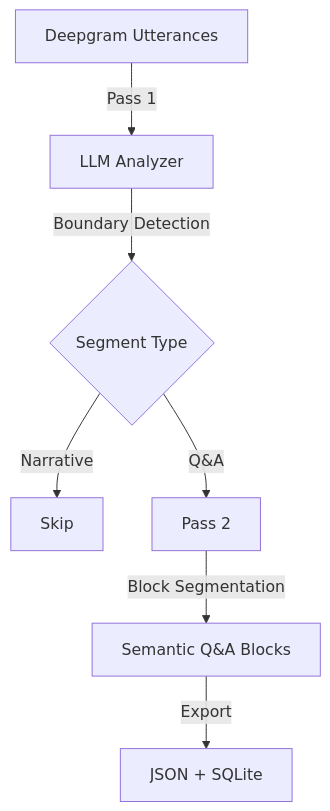
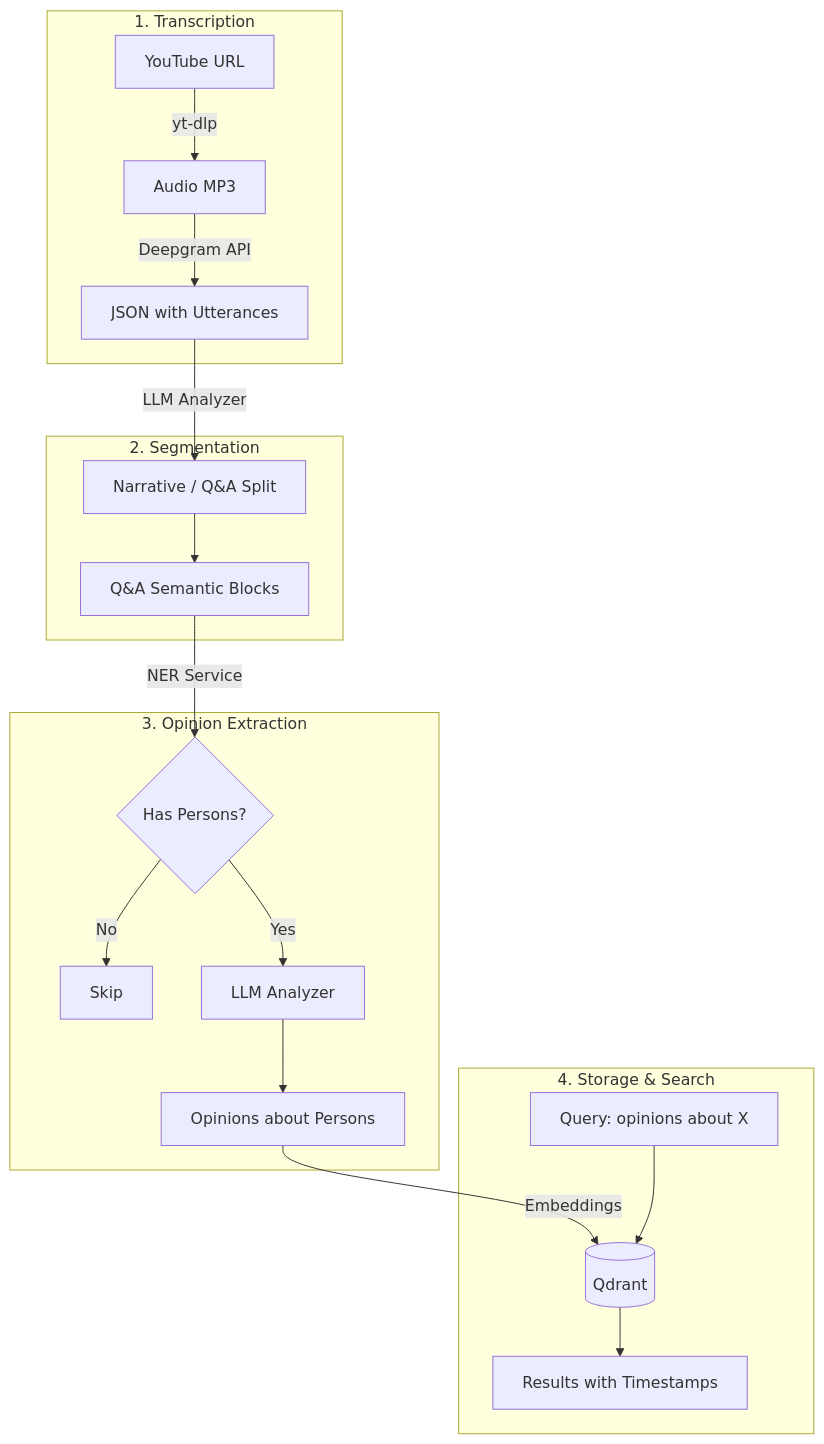
Before and after one commit to dremdem/media_rag_pipeline: the second of 2 diagrams in docs/ARCHITECTURE.md, drawn with Mermaid. The commit also changed other lines of this file and 5 other files, not shown here.

First line of the commit message:
docs: improve pipeline documentation and add Deepgram JSON endpoint

````diff
--- a/docs/ARCHITECTURE.md
+++ b/docs/ARCHITECTURE.md
@@ -107,9 +41,25 @@
 ```mermaid
 graph TD
-    A[Deepgram Utterances] -->|Pass 1| B[LLM Analyzer]
-    B -->|Boundary Detection| C{Segment Type}
-    C -->|Narrative| D[Skip]
-    C -->|Q&A| E[Pass 2]
-    E -->|Block Segmentation| F[Semantic Q&A Blocks]
-    F -->|Export| G[JSON + SQLite]
+    subgraph "1. Transcription"
+        A[YouTube URL] -->|yt-dlp| B[Audio MP3]
+        B -->|Deepgram API| C[JSON with Utterances]
+    end
+
+    subgraph "2. Segmentation"
+        C -->|LLM Analyzer| D[Narrative / Q&A Split]
+        D --> E[Q&A Semantic Blocks]
+    end
+
+    subgraph "3. Opinion Extraction"
+        E -->|NER Service| F{Has Persons?}
+        F -->|No| G[Skip]
+        F -->|Yes| H[LLM Analyzer]
+        H --> I[Opinions about Persons]
+    end
+
+    subgraph "4. Storage & Search"
+        I -->|Embeddings| J[(Qdrant)]
+        K[Query: opinions about X] --> J
+        J --> L[Results with Timestamps]
+    end
 ```
````
